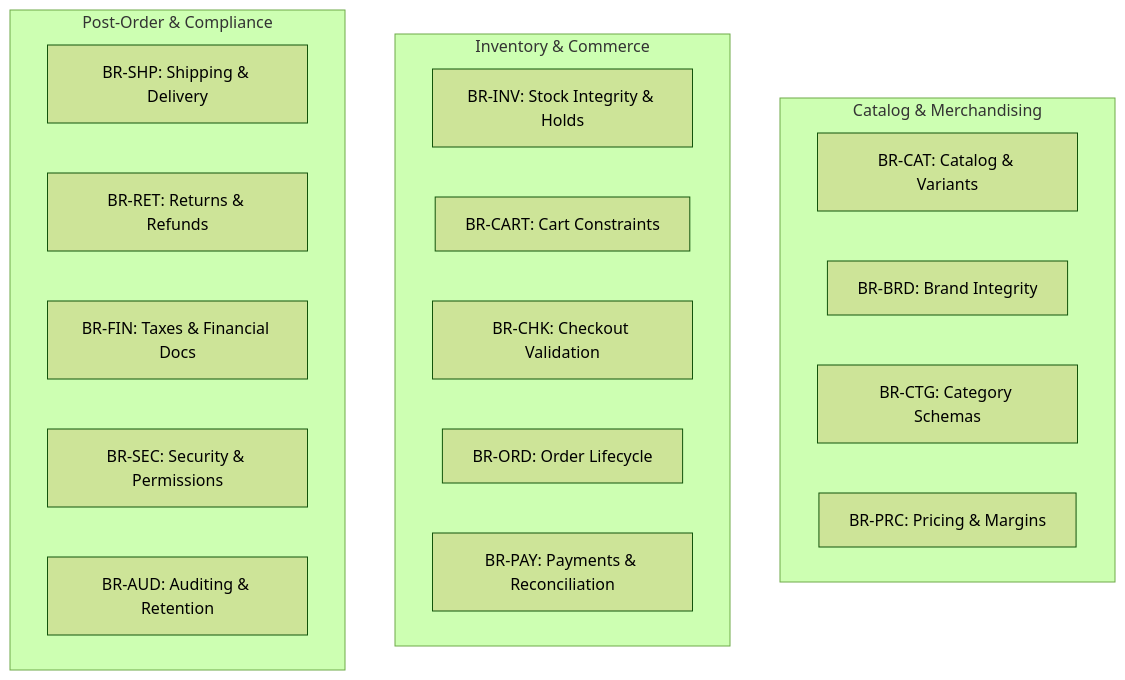
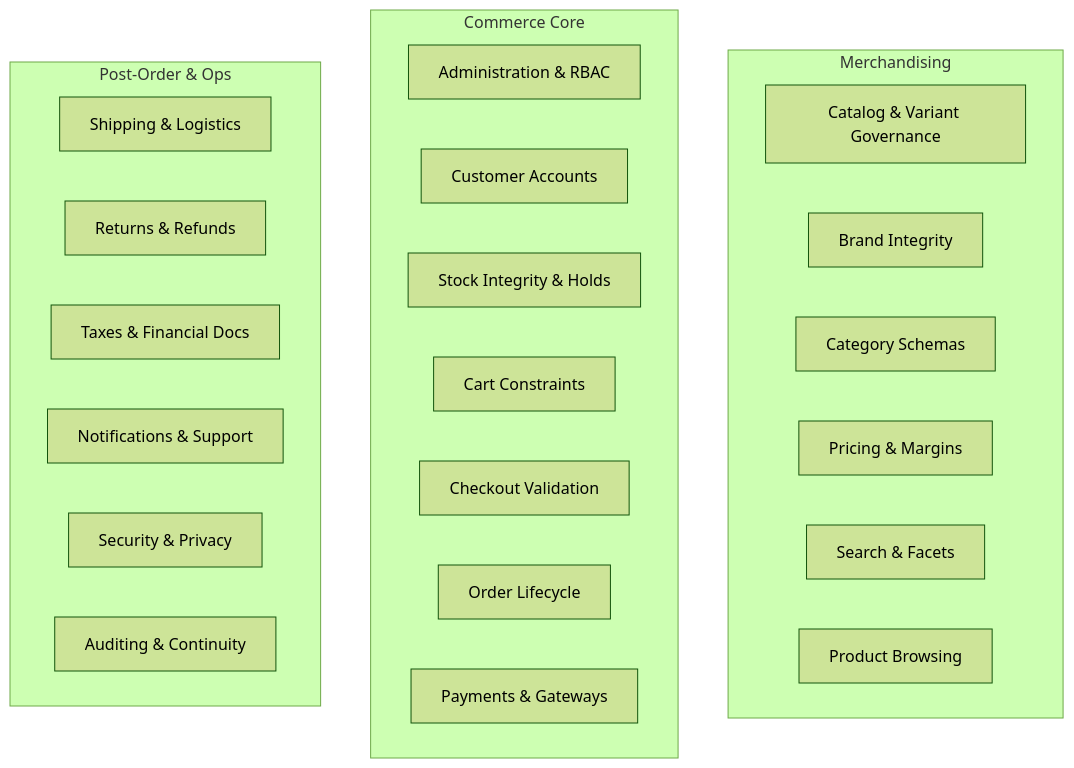
One commit to ezhilselvan1109/chellaa-system changed the diagram in docs/00-requirements/05-business-rules.md. Above: the diagram before and after it, drawn with Mermaid (forest theme). The commit also changed other lines of this file and 13 other files, not shown here.

````diff
--- a/docs/00-requirements/05-business-rules.md
+++ b/docs/00-requirements/05-business-rules.md
@@ -28,23 +28,28 @@
 ```mermaid
 graph TD
-    subgraph Catalog & Merchandising
-        BR_CAT[BR-CAT: Catalog & Variants]
-        BR_BRD[BR-BRD: Brand Integrity]
-        BR_CTG[BR-CTG: Category Schemas]
-        BR_PRC[BR-PRC: Pricing & Margins]
+    subgraph Merchandising
+        CAT[Catalog & Variant Governance]
+        BRD[Brand Integrity]
+        CTG[Category Schemas]
+        PRC[Pricing & Margins]
+        SRCH[Search & Facets]
+        PDP[Product Browsing]
     end
-    subgraph Inventory & Commerce
-        BR_INV[BR-INV: Stock Integrity & Holds]
-        BR_CART[BR-CART: Cart Constraints]
-        BR_CHK[BR-CHK: Checkout Validation]
-        BR_ORD[BR-ORD: Order Lifecycle]
-        BR_PAY[BR-PAY: Payments & Reconciliation]
+    subgraph Commerce Core
+        ADM[Administration & RBAC]
+        CUST[Customer Accounts]
+        INV[Stock Integrity & Holds]
+        CART[Cart Constraints]
+        CHK[Checkout Validation]
+        ORD[Order Lifecycle]
+        PAY[Payments & Gateways]
     end
-    subgraph Post-Order & Compliance
-        BR_SHP[BR-SHP: Shipping & Delivery]
-        BR_RET[BR-RET: Returns & Refunds]
-        BR_FIN[BR-FIN: Taxes & Financial Docs]
-        BR_SEC[BR-SEC: Security & Permissions]
-        BR_AUD[BR-AUD: Auditing & Retention]
+    subgraph Post-Order & Ops
+        SHP[Shipping & Logistics]
+        RET[Returns & Refunds]
+        FIN[Taxes & Financial Docs]
+        NTF[Notifications & Support]
+        SEC[Security & Privacy]
+        AUD[Auditing & Continuity]
     end
 ```
````
